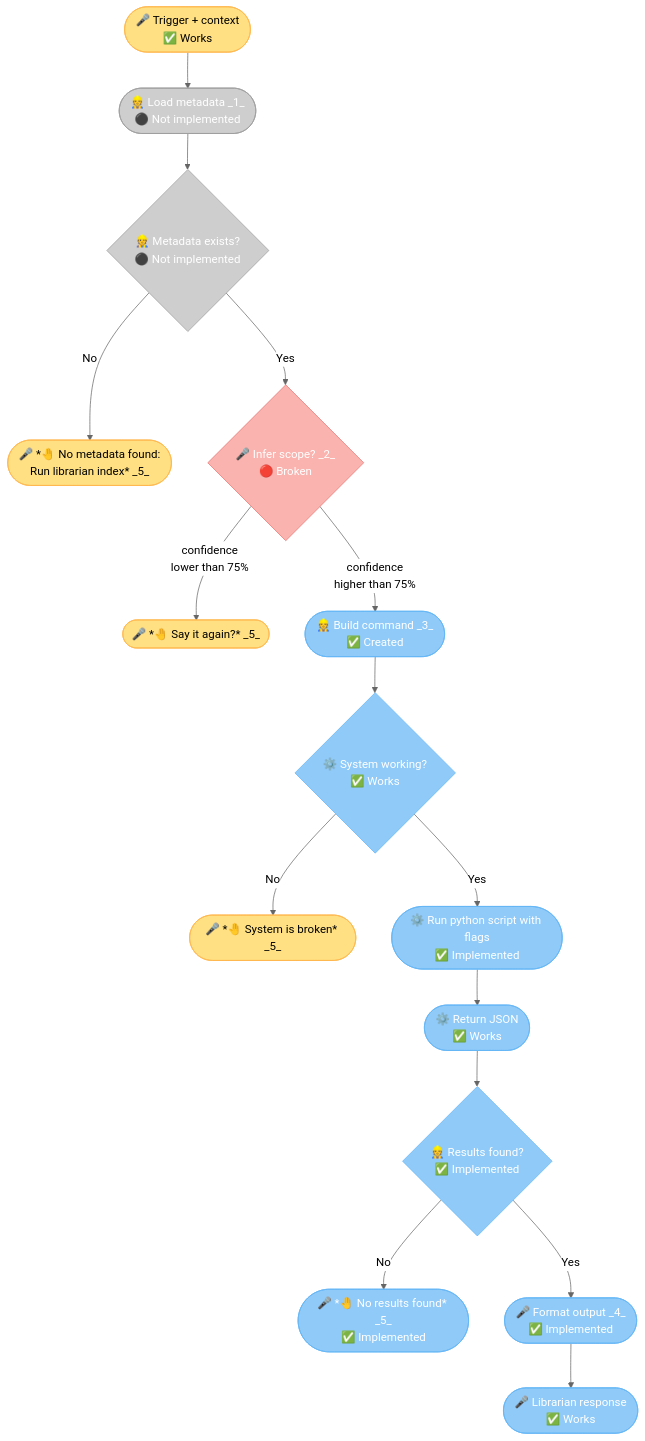
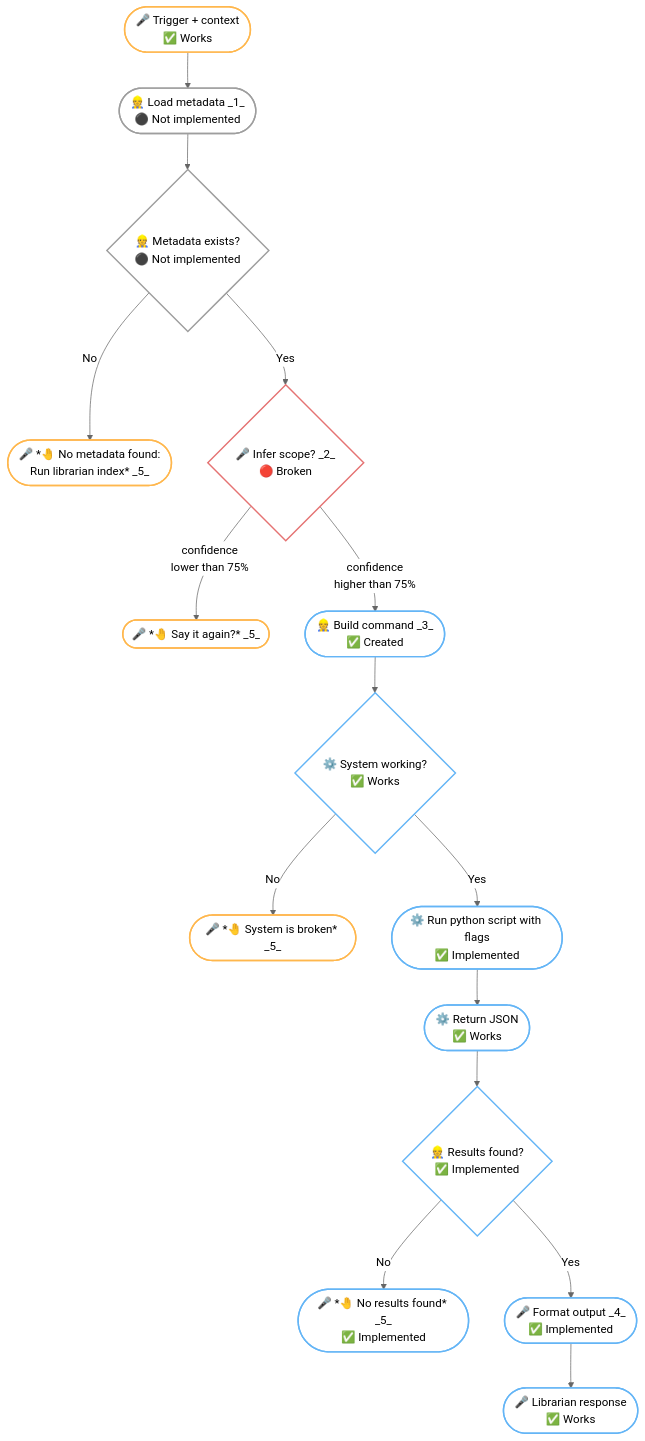
One commit to nonlinear/librarian changed the first of 2 diagrams in backstage/epic-notes/v0.15.0-skill-protocol.md. Above: the diagram before and after it, drawn with Mermaid (neutral theme).

Commit message:
epic-15: Update diagram with white fill + 2px darker borders (arrow colors)

````diff
--- a/backstage/epic-notes/v0.15.0-skill-protocol.md
+++ b/backstage/epic-notes/v0.15.0-skill-protocol.md
@@ -3,41 +3,41 @@
 ```mermaid
 flowchart TB
     TRIGGER(["🎤 Trigger + context<br/>✅ Works"])
     TRIGGER --> METADATA(["👷 Load metadata _1_<br/>⚫ Not implemented"])
     METADATA --> CHECK{"👷 Metadata exists?<br/>⚫ Not implemented"}
     
     CHECK -->|"No"| ERROR(["🎤 *🤚 No metadata found:<br>Run librarian index* _5_"])
     CHECK -->|"Yes"| INFER{"🎤 Infer scope? _2_<br/>🔴 Broken"}
     
     INFER -->|"confidence<br>lower than 75%"| CLARIFY(["🎤 *🤚 Say it again?* _5_"])
     INFER -->|"confidence<br>higher than 75%"| BUILD(["👷 Build command _3_<br/>✅ Created"])
     
     BUILD --> CHECK_SYSTEM{"⚙️ System working?<br/>✅ Works"}
     
     CHECK_SYSTEM -->|"No"| BROKEN(["🎤 *🤚 System is broken* _5_"])
     CHECK_SYSTEM -->|"Yes"| EXEC(["⚙️ Run python script with flags<br/>✅ Implemented"])
     
     EXEC --> JSON(["⚙️ Return JSON<br/>✅ Works"])
     JSON --> CHECK_RESULTS{"👷 Results found?<br/>✅ Implemented"}
     
     CHECK_RESULTS -->|"No"| EMPTY(["🎤 *🤚 No results found* _5_<br/>✅ Implemented"])
     CHECK_RESULTS -->|"Yes"| FORMAT(["🎤 Format output _4_<br/>✅ Implemented"])
     
     FORMAT --> RESPONSE(["🎤 Librarian response<br/>✅ Works"])
     
-    style TRIGGER fill:#FFE083,stroke:#FFB74D,color:#000
-    style METADATA fill:#CECECE,stroke:#9E9E9E,color:#fff
-    style INFER fill:#FAB3AE,stroke:#E57373,color:#fff
-    style CLARIFY fill:#FFE083,stroke:#FFB74D,color:#000
-    style BUILD fill:#90CAF9,stroke:#64B5F6,color:#fff
-    style EXEC fill:#90CAF9,stroke:#64B5F6,color:#fff
-    style JSON fill:#90CAF9,stroke:#64B5F6,color:#fff
-    style FORMAT fill:#90CAF9,stroke:#64B5F6,color:#fff
-    style RESPONSE fill:#90CAF9,stroke:#64B5F6,color:#fff
-    style CHECK fill:#CECECE,stroke:#9E9E9E,color:#fff
-    style ERROR fill:#FFE083,stroke:#FFB74D,color:#000
-    style CHECK_SYSTEM fill:#90CAF9,stroke:#64B5F6,color:#fff
-    style BROKEN fill:#FFE083,stroke:#FFB74D,color:#000
-    style CHECK_RESULTS fill:#90CAF9,stroke:#64B5F6,color:#fff
-    style EMPTY fill:#90CAF9,stroke:#64B5F6,color:#fff
+    style TRIGGER fill:#FFFFFF,stroke:#FFB74D,stroke-width:2px,color:#000
+    style METADATA fill:#FFFFFF,stroke:#9E9E9E,stroke-width:2px,color:#000
+    style INFER fill:#FFFFFF,stroke:#E57373,stroke-width:2px,color:#000
+    style CLARIFY fill:#FFFFFF,stroke:#FFB74D,stroke-width:2px,color:#000
+    style BUILD fill:#FFFFFF,stroke:#64B5F6,stroke-width:2px,color:#000
+    style EXEC fill:#FFFFFF,stroke:#64B5F6,stroke-width:2px,color:#000
+    style JSON fill:#FFFFFF,stroke:#64B5F6,stroke-width:2px,color:#000
+    style FORMAT fill:#FFFFFF,stroke:#64B5F6,stroke-width:2px,color:#000
+    style RESPONSE fill:#FFFFFF,stroke:#64B5F6,stroke-width:2px,color:#000
+    style CHECK fill:#FFFFFF,stroke:#9E9E9E,stroke-width:2px,color:#000
+    style ERROR fill:#FFFFFF,stroke:#FFB74D,stroke-width:2px,color:#000
+    style CHECK_SYSTEM fill:#FFFFFF,stroke:#64B5F6,stroke-width:2px,color:#000
+    style BROKEN fill:#FFFFFF,stroke:#FFB74D,stroke-width:2px,color:#000
+    style CHECK_RESULTS fill:#FFFFFF,stroke:#64B5F6,stroke-width:2px,color:#000
+    style EMPTY fill:#FFFFFF,stroke:#64B5F6,stroke-width:2px,color:#000
 ```
````
